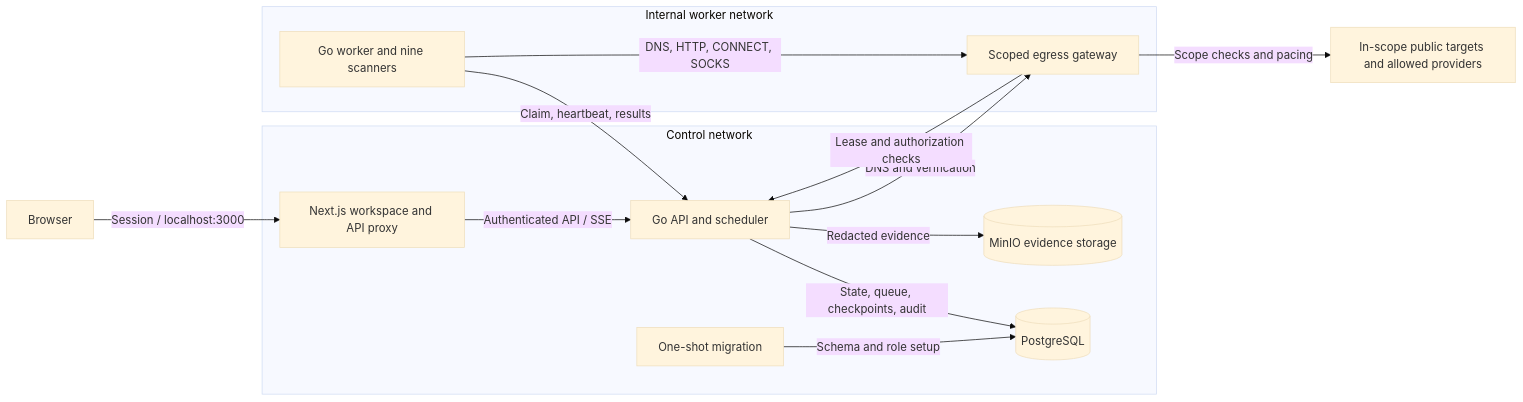
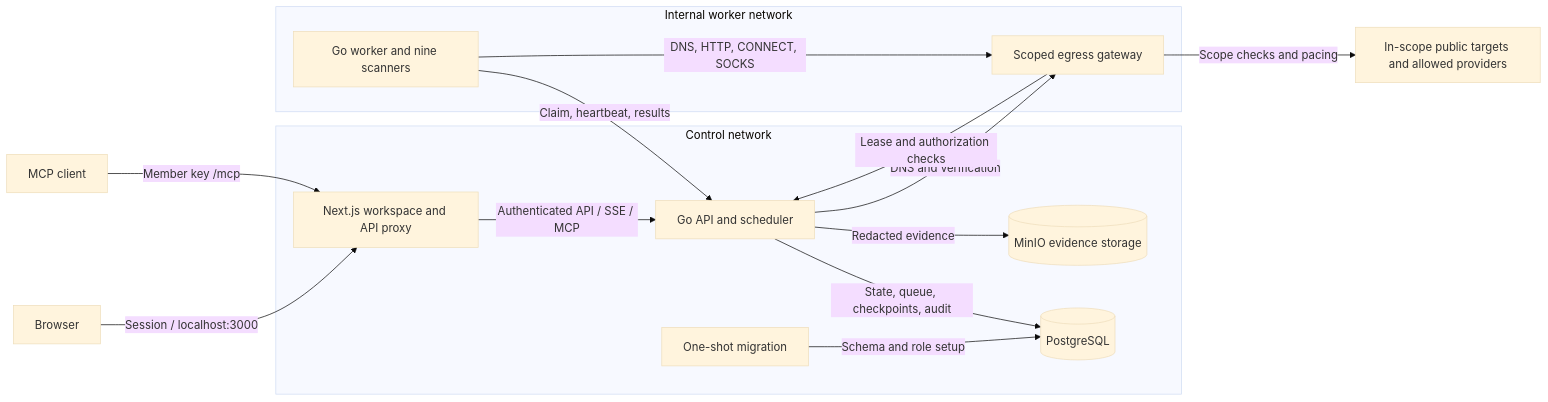
The diagram in README.md (suryanshp1/Attack-surface-Analyzer), drawn with Mermaid (base theme) before and after one commit. The commit also changed other lines of this file, not shown here.

````diff
--- a/README.md
+++ b/README.md
@@ -91,26 +91,28 @@
 ```mermaid
 flowchart LR
     Browser["Browser"]
+    AI["MCP client"]
     subgraph Control["Control network"]
         Web["Next.js workspace and API proxy"]
         API["Go API and scheduler"]
         Migrate["One-shot migration"]
         DB[("PostgreSQL")]
         S3[("MinIO evidence storage")]
     end
     subgraph Workers["Internal worker network"]
         Worker["Go worker and nine scanners"]
         Gateway["Scoped egress gateway"]
     end
     Public["In-scope public targets and allowed providers"]
     Browser -->|"Session / localhost:3000"| Web
-    Web -->|"Authenticated API / SSE"| API
+    AI -->|"Member key /mcp"| Web
+    Web -->|"Authenticated API / SSE / MCP"| API
     Migrate -->|"Schema and role setup"| DB
     API -->|"State, queue, checkpoints, audit"| DB
     API -->|"Redacted evidence"| S3
     Worker -->|"Claim, heartbeat, results"| API
     API -->|"DNS and verification"| Gateway
     Worker -->|"DNS, HTTP, CONNECT, SOCKS"| Gateway
     Gateway -->|"Lease and authorization checks"| API
     Gateway -->|"Scope checks and pacing"| Public
 ```
````
